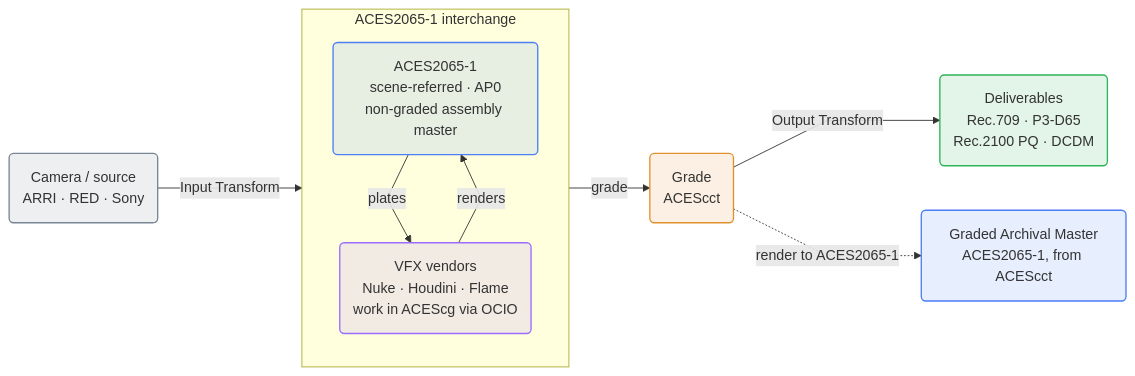
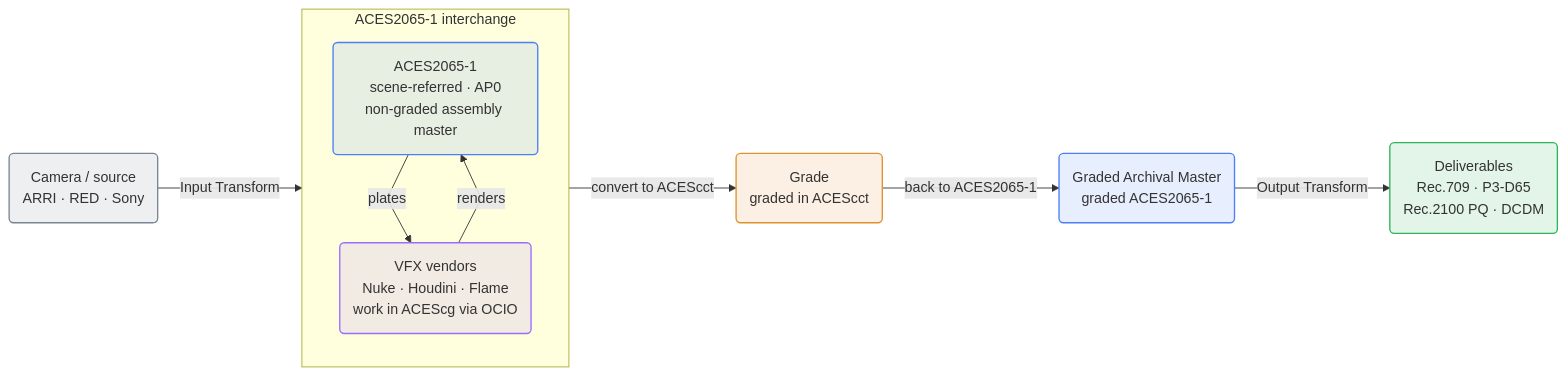
Before and after one commit to tashdor/divfx: the diagram in docs/drafts/aces.md, drawn with Mermaid. The commit also changed other lines of this file and 1 other file, not shown here.

Commit message:
DCP: add Resolution (2K/4K + 250Mbps cap) and Audio (5.1 vs 2.0, theatrical vs nearfield) sections; plan-ahead accessibility; fix ACES grade round-trip in diagram

````diff
--- a/docs/drafts/aces.md
+++ b/docs/drafts/aces.md
@@ -25,25 +25,25 @@
 ```mermaid
 %%{init: {'flowchart': {'curve': 'linear'}}}%%
 graph LR
   CAM("Camera / source<br/>ARRI · RED · Sony") -->|Input Transform| HUB
   subgraph IX["ACES2065-1 interchange"]
     direction TB
     HUB("ACES2065-1<br/>scene-referred · AP0<br/>non-graded assembly master")
     VFX("VFX vendors<br/>Nuke · Houdini · Flame<br/>work in ACEScg via OCIO")
     HUB -->|plates| VFX
     VFX -->|renders| HUB
   end
-  HUB -->|grade| GR("Grade<br/>ACEScct")
-  GR -->|Output Transform| DEL("Deliverables<br/>Rec.709 · P3-D65<br/>Rec.2100 PQ · DCDM")
-  GR -.->|render to ACES2065-1| GAM("Graded Archival Master<br/>ACES2065-1, from ACEScct")
+  HUB -->|convert to ACEScct| GR("Grade<br/>graded in ACEScct")
+  GR -->|back to ACES2065-1| GAM("Graded Archival Master<br/>graded ACES2065-1")
+  GAM -->|Output Transform| DEL("Deliverables<br/>Rec.709 · P3-D65<br/>Rec.2100 PQ · DCDM")
   classDef src fill:#7a869522,stroke:#7a8695,stroke-width:1.5px;
   classDef aces fill:#4c7ef522,stroke:#4c7ef5,stroke-width:1.5px;
   classDef vfx fill:#9b6dff22,stroke:#9b6dff,stroke-width:1.5px;
   classDef grade fill:#e0912f22,stroke:#e0912f,stroke-width:1.5px;
   classDef del fill:#2fb45722,stroke:#2fb457,stroke-width:1.5px;
   class CAM src;
   class HUB,GAM aces;
   class VFX vfx;
   class GR grade;
   class DEL del;
 ```
````
